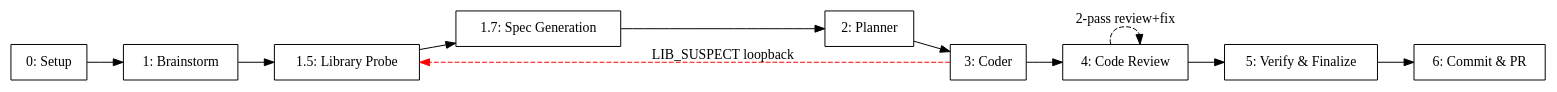
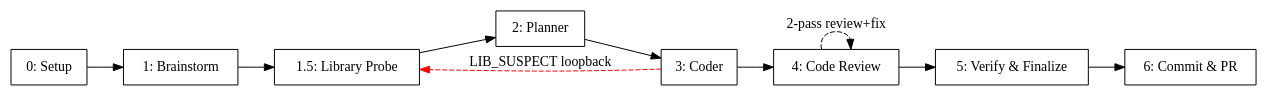
One commit to vertexcover-io/harness-engineering changed the diagram in skills/orchestrate/SKILL.md. Above: the diagram before and after it, drawn with Graphviz. The commit also changed other lines of this file and 30 other files, not shown here.

First line of the commit message:
refactor(pipeline): flatten artifact paths, drop spec-generation references

````diff
--- a/skills/orchestrate/SKILL.md
+++ b/skills/orchestrate/SKILL.md
@@ -128,15 +126,15 @@
 ```dot
 digraph pipeline {
   rankdir=LR
   node [shape=box]
   stage_0 [label="0: Setup"]; stage_1 [label="1: Brainstorm"]
-  stage_15 [label="1.5: Library Probe"]; stage_17 [label="1.7: Spec Generation"]
+  stage_15 [label="1.5: Library Probe"]
   stage_2 [label="2: Planner"]; stage_3 [label="3: Coder"]
   stage_4 [label="4: Code Review"]; stage_5 [label="5: Verify & Finalize"]
   stage_6 [label="6: Commit & PR"]
-  stage_0 -> stage_1 -> stage_15 -> stage_17 -> stage_2 -> stage_3
+  stage_0 -> stage_1 -> stage_15 -> stage_2 -> stage_3
   stage_3 -> stage_4 -> stage_5 -> stage_6
   stage_4 -> stage_4 [label="2-pass review+fix" style=dashed]
   stage_3 -> stage_15 [label="LIB_SUSPECT loopback" style=dashed color=red]
 }
 ```
````
